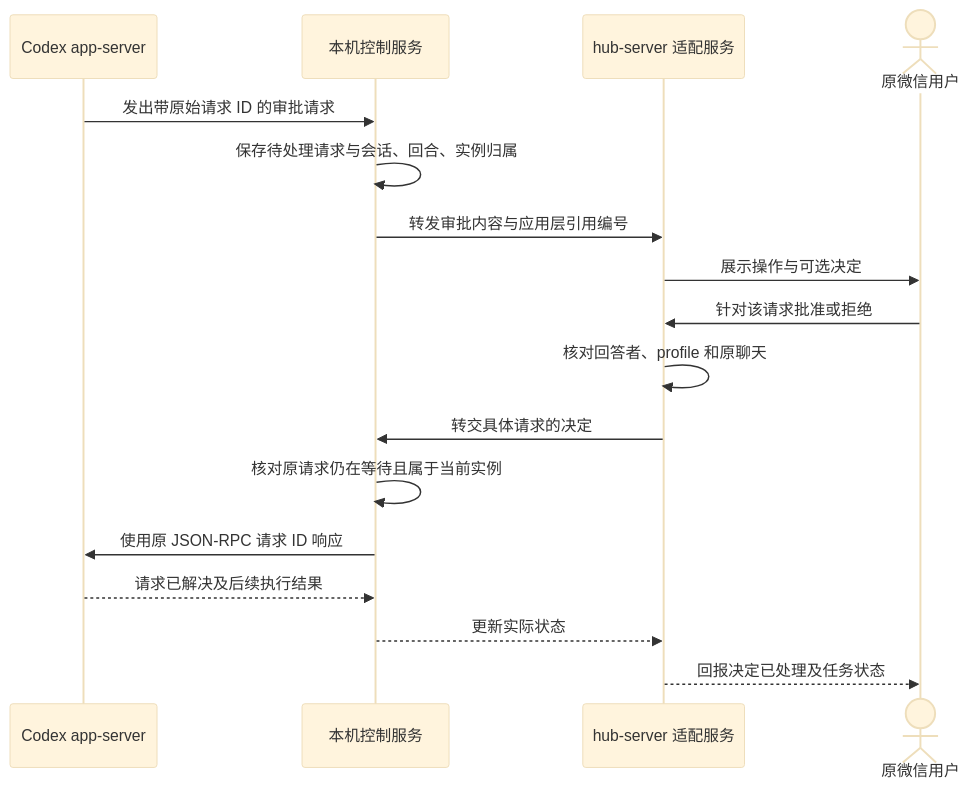
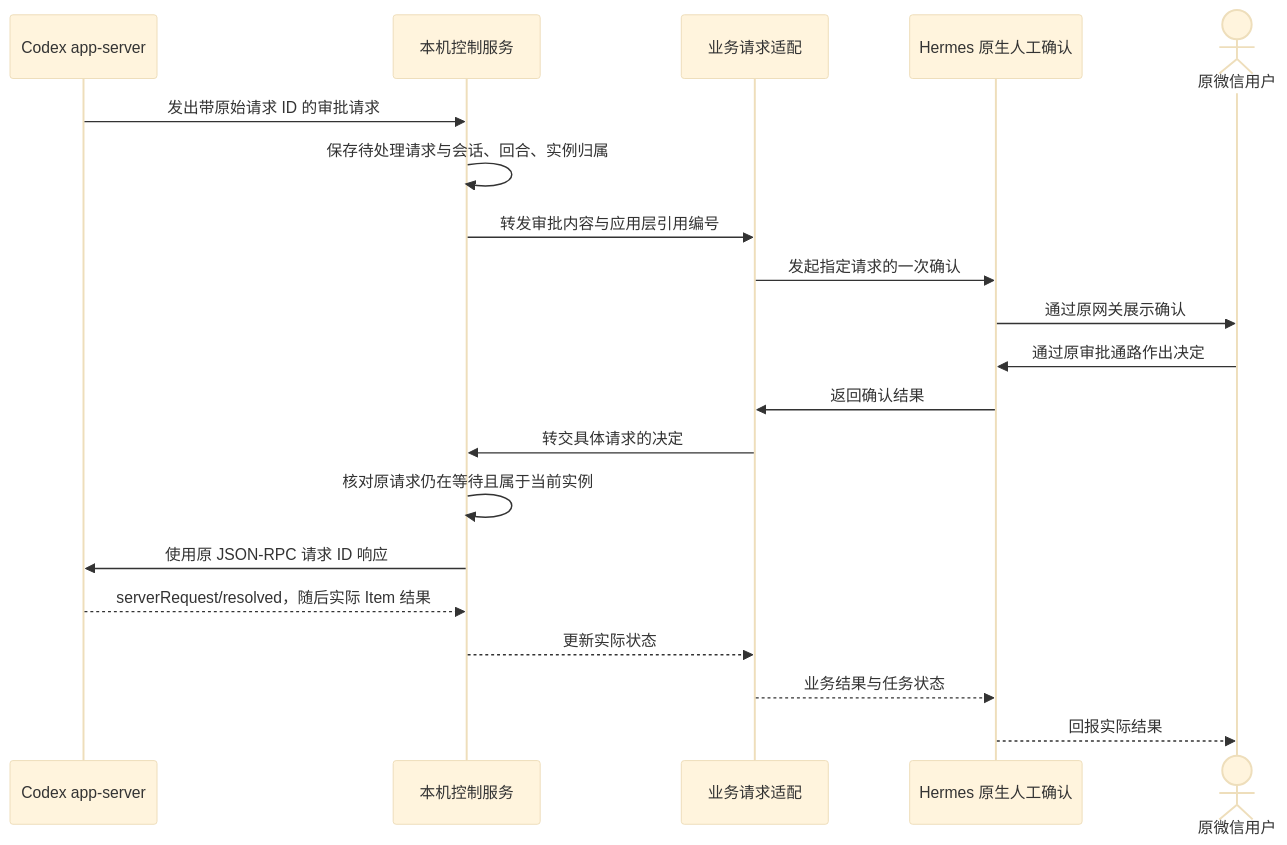
Before and after one commit to LiuSphere/dots-lite: the third of 4 diagrams in docs/详细实现方案.md, drawn with Mermaid (base theme). The commit also changed other lines of this file and 142 other files, not shown here.

````diff
--- a/docs/详细实现方案.md
+++ b/docs/详细实现方案.md
@@ -277,19 +340,22 @@
 ```mermaid
 sequenceDiagram
     participant C as Codex app-server
     participant B as 本机控制服务
-    participant G as hub-server 适配服务
+    participant G as 业务请求适配
+    participant H as Hermes 原生人工确认
     actor U as 原微信用户
     C->>B: 发出带原始请求 ID 的审批请求
     B->>B: 保存待处理请求与会话、回合、实例归属
     B->>G: 转发审批内容与应用层引用编号
-    G->>U: 展示操作与可选决定
-    U->>G: 针对该请求批准或拒绝
-    G->>G: 核对回答者、profile 和原聊天
+    G->>H: 发起指定请求的一次确认
+    H->>U: 通过原网关展示确认
+    U->>H: 通过原审批通路作出决定
+    H->>G: 返回确认结果
     G->>B: 转交具体请求的决定
     B->>B: 核对原请求仍在等待且属于当前实例
     B->>C: 使用原 JSON-RPC 请求 ID 响应
-    C-->>B: 请求已解决及后续执行结果
+    C-->>B: serverRequest/resolved，随后实际 Item 结果
     B-->>G: 更新实际状态
-    G-->>U: 回报决定已处理及任务状态
+    G-->>H: 业务结果与任务状态
+    H-->>U: 回报实际结果
 ```
````
